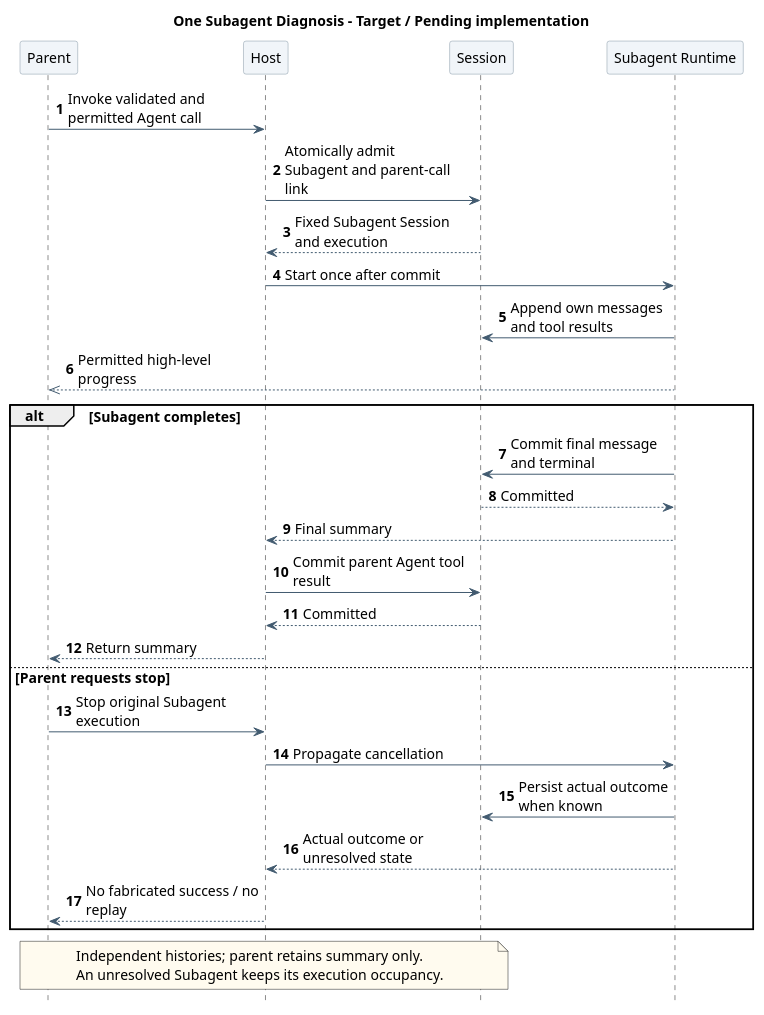
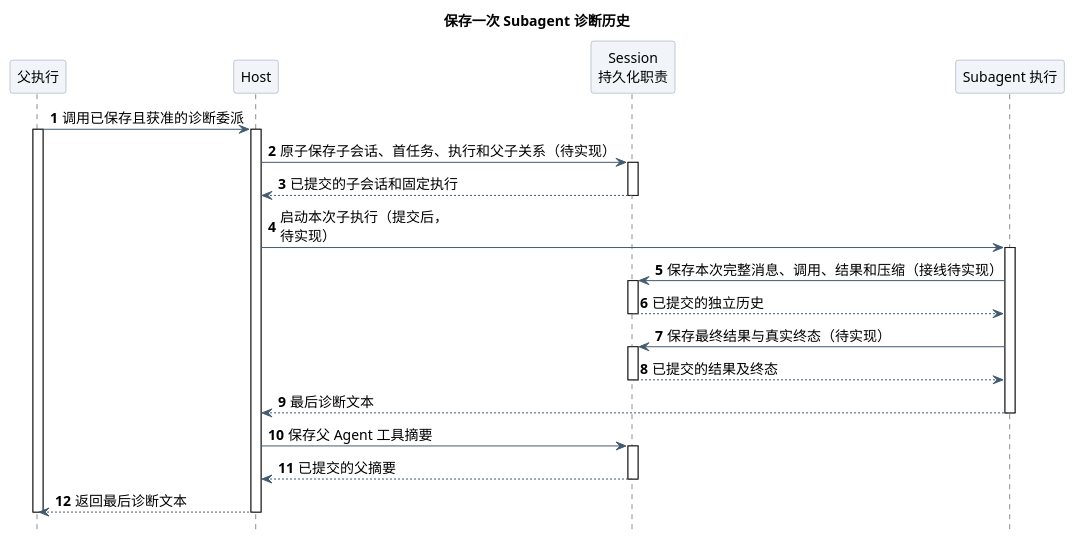
The second of 3 diagrams in 01-总体架构/01-CampusClaw多Agent运行时/设计图/统一事件持久化/diagram.puml (ssm0808/pi-mono-java-design), drawn with PlantUML before and after one commit. The commit also changed other lines of this file and 17 other files, not shown here.

```diff
--- a/01-总体架构/01-CampusClaw多Agent运行时/设计图/统一事件持久化/diagram.puml
+++ b/01-总体架构/01-CampusClaw多Agent运行时/设计图/统一事件持久化/diagram.puml
@@ -71,56 +61,39 @@
 @startuml unified_child_history
-' Source evidence: Java main 769e86592285f4a25b0febaf551eddea6bc7212c
+' 源码基线：个人 main bc031ed8aa82dac700421163a4cce25d9f023e6b，2026-10-24。
 ' modules/coding-agent-cli/src/main/java/com/campusclaw/codingagent/
-' runtimeapi/event/RuntimeExecutionCoordinator.java:start
-' runtimeapi/event/RuntimeEventProjector.java:project,persistToolResults
-' session/AgentSessionFactory.java:create
 ' tool/agent/SubagentExecutionService.java:runChild
-' modules/agent-core/src/main/java/com/campusclaw/agent/tool/ToolExecutionPipeline.java:execute
-' Observed behavior: Runtime persists; direct Subagent/Cron factory calls do not share its appender.
-' Design reason: one durable host lifecycle and per-result commit; no statistics delivery pipeline.
+' runtimeapi/event/RuntimeEventProjector.java:persistAssistant,persistToolCall,persistToolResults
+' runtimeapi/persistence/RuntimeExecutionPersistenceService.java:commitTerminal
+' 已观察行为：调用与结果可写现有 Entry，Subagent 尚无独立数据库 Session。
+' 设计原因：实现下钻；父调用引用既有 Entry.id，子先保存终态，再保存父摘要。
 skinparam backgroundColor white
 skinparam defaultFontName SansSerif
 skinparam defaultFontSize 14
 skinparam shadowing false
-skinparam classAttributeIconSize 0
 skinparam ArrowColor #425B70
-skinparam classBackgroundColor #F1F5F9
-skinparam classBorderColor #8496A4
 skinparam sequenceParticipantBackgroundColor #F1F5F9
 skinparam sequenceParticipantBorderColor #8496A4
 skinparam sequenceMessageAlign left
 skinparam maxMessageSize 175
-skinparam noteBackgroundColor #FFFBEF
-hide empty members
 hide footbox
 autonumber
-title One Subagent Diagnosis - Target / Pending implementation
-participant "Parent" as Parent
+title 保存一次 Subagent 诊断历史
+participant "父执行" as Parent
 participant "Host" as Host
-participant "Session" as Store
-participant "Subagent Runtime" as Subagent
-Parent -> Host : Invoke validated and permitted Agent call
-Host -> Store : Atomically admit Subagent and parent-call link
-Store --> Host : Fixed Subagent Session and execution
-Host -> Subagent : Start once after commit
-Subagent -> Store : Append own messages and tool results
-Subagent -->> Parent : Permitted high-level progress
-alt Subagent completes
-  Subagent -> Store : Commit final message and terminal
-  Store --> Subagent : Committed
-  Subagent --> Host : Final summary
-  Host -> Store : Commit parent Agent tool result
-  Store --> Host : Committed
-  Host --> Parent : Return summary
-else Parent requests stop
-  Parent -> Host : Stop original Subagent execution
-  Host -> Subagent : Propagate cancellation
-  Subagent -> Store : Persist actual outcome when known
-  Subagent --> Host : Actual outcome or unresolved state
-  Host --> Parent : No fabricated success / no replay
-end
-note over Parent,Store
-  Independent histories; parent retains summary only.
-  An unresolved Subagent keeps its execution occupancy.
-end note
+participant "Session\n持久化职责" as Store
+participant "Subagent 执行" as Subagent
+Parent -> Host ++ : 调用已保存且获准的诊断委派
+activate Parent
+Host -> Store ++ : 原子保存子会话、首任务、执行和父子关系（待实现）
+return 已提交的子会话和固定执行
+Host -> Subagent ++ : 启动本次子执行（提交后，待实现）
+Subagent -> Store ++ : 保存本次完整消息、调用、结果和压缩（接线待实现）
+return 已提交的独立历史
+Subagent -> Store ++ : 保存最终结果与真实终态（待实现）
+return 已提交的结果及终态
+return 最后诊断文本
+Host -> Store ++ : 保存父 Agent 工具摘要
+return 已提交的父摘要
+return 返回最后诊断文本
+deactivate Parent
 @enduml
```
